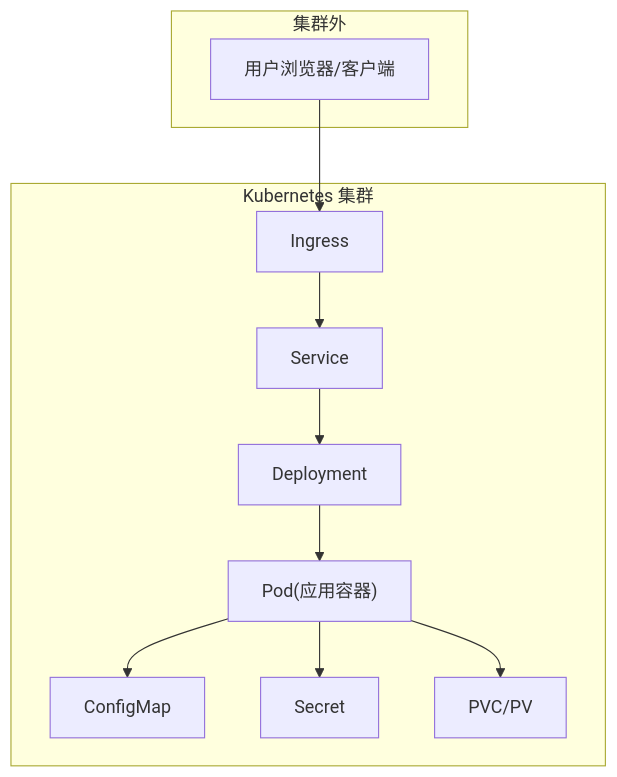
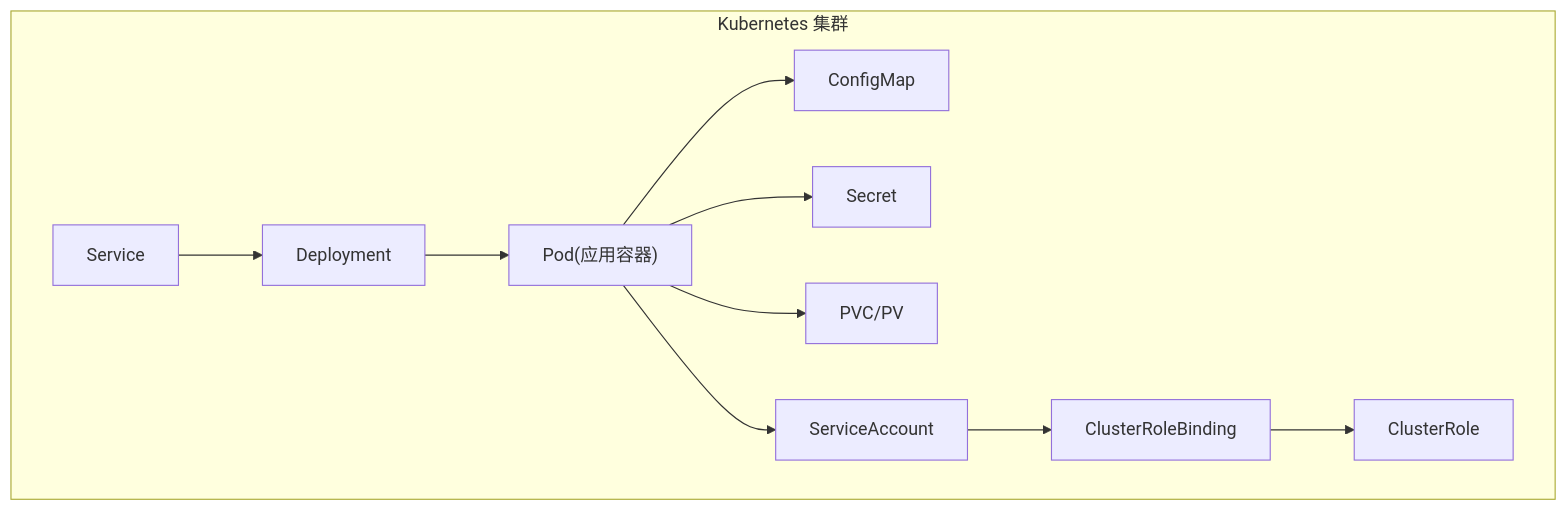
One commit to kudig-io/klaw changed the second of 3 diagrams in .qoder/repowiki/zh/content/安装部署/Kubernetes集群部署/Helm Chart 部署.md. Above: the diagram before and after it, drawn with Mermaid. The commit also changed other lines of this file and 336 other files, not shown here.

````diff
--- a/.qoder/repowiki/zh/content/安装部署/Kubernetes集群部署/Helm Chart 部署.md
+++ b/.qoder/repowiki/zh/content/安装部署/Kubernetes集群部署/Helm Chart 部署.md
@@ -91,19 +114,20 @@
 ```mermaid
 graph TB
-subgraph "集群外"
-U["用户浏览器/客户端"]
-end
 subgraph "Kubernetes 集群"
-I["Ingress"]
 S["Service"]
 D["Deployment"]
 P["Pod(应用容器)"]
 CM["ConfigMap"]
 SEC["Secret"]
 PVC["PVC/PV"]
+SA["ServiceAccount"]
+CR["ClusterRole"]
+CRB["ClusterRoleBinding"]
 end
-U --> I --> S --> D --> P
+S --> D --> P
 P --> CM
 P --> SEC
 P --> PVC
+P --> SA
+SA --> CRB --> CR
 ```
````
